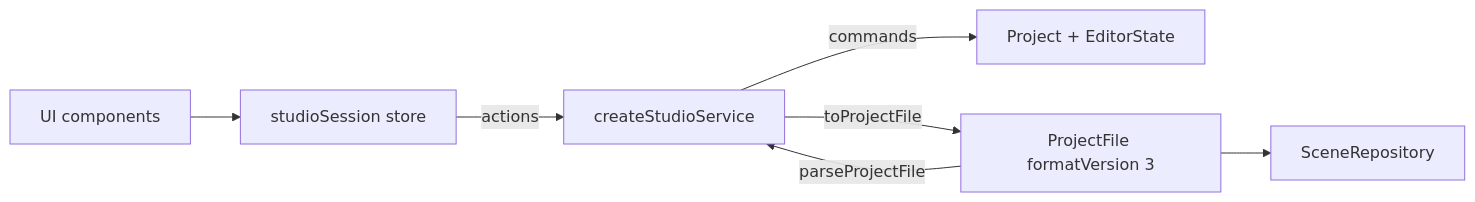
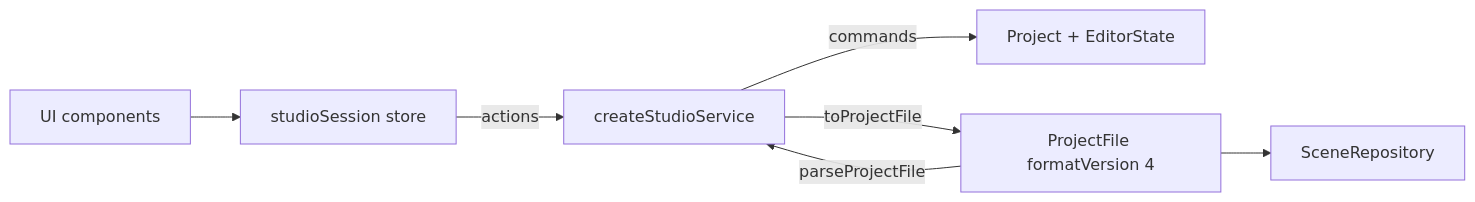
The third of 8 diagrams in .ai/docs/architecture/diagrams.md (Moonbase-Systems/moonbase-studio-web), drawn with Mermaid before and after one commit. The commit also changed 6 other files, not shown here.

````diff
--- a/.ai/docs/architecture/diagrams.md
+++ b/.ai/docs/architecture/diagrams.md
@@ -71,9 +71,9 @@
 ```mermaid
 flowchart LR
   UI["UI components"] --> Session["studioSession store"]
   Session -->|"actions"| Service["createStudioService"]
   Service -->|"commands"| Project["Project + EditorState"]
-  Service -->|"toProjectFile"| ProjectFile["ProjectFile formatVersion 3"]
+  Service -->|"toProjectFile"| ProjectFile["ProjectFile formatVersion 4"]
   ProjectFile -->|"parseProjectFile"| Service
   ProjectFile --> Repository["SceneRepository"]
 ```
````
